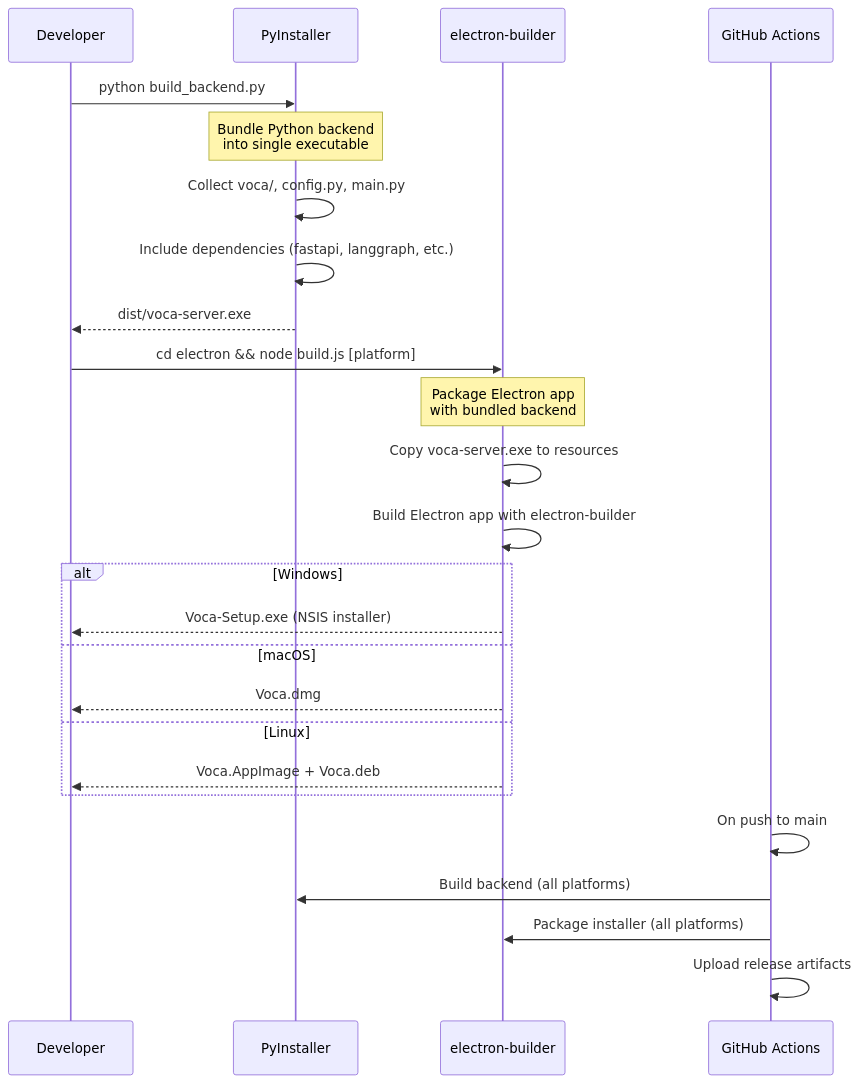
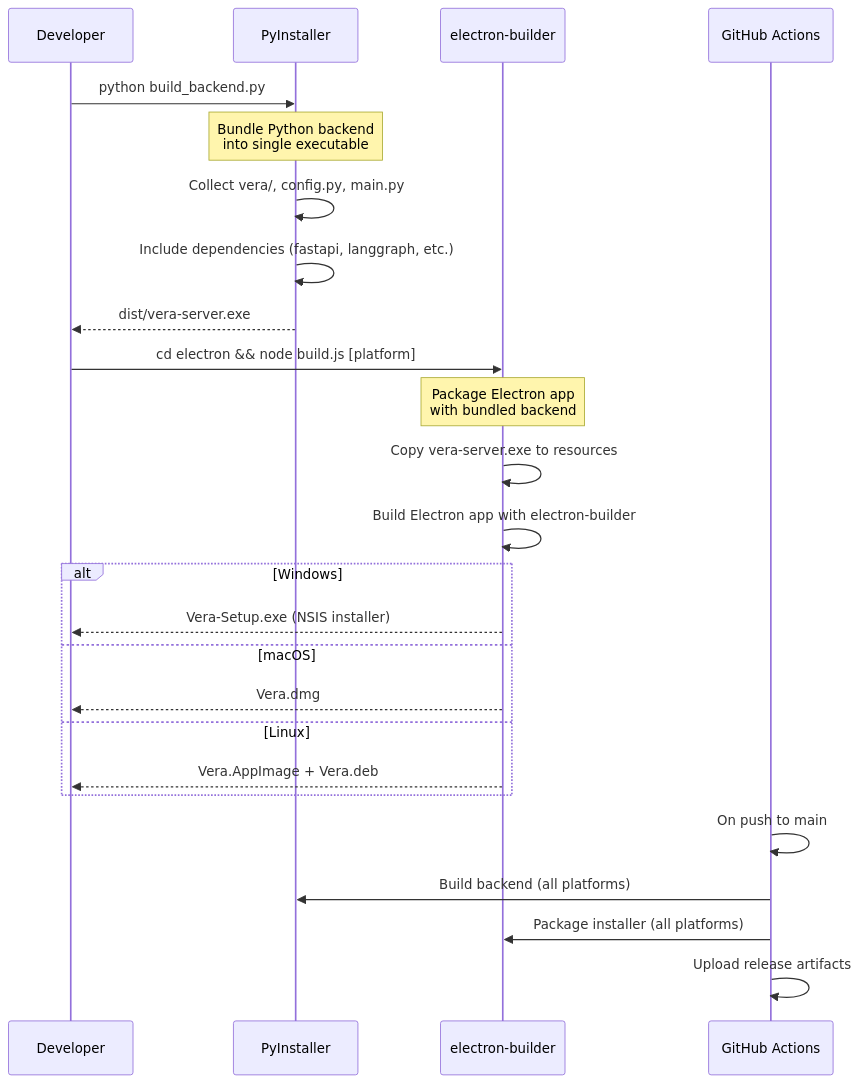
Before and after one commit to embeddedos-org/eVera: the sixth of 7 diagrams in docs/diagrams.md, drawn with Mermaid. The commit also changed other lines of this file and 238 other files, not shown here.

````diff
--- a/docs/diagrams.md
+++ b/docs/diagrams.md
@@ -283,31 +283,31 @@
 ```mermaid
 sequenceDiagram
     participant Dev as Developer
     participant Py as PyInstaller
     participant EB as electron-builder
     participant CI as GitHub Actions
 
     Dev->>Py: python build_backend.py
     Note over Py: Bundle Python backend<br/>into single executable
-    Py->>Py: Collect voca/, config.py, main.py
+    Py->>Py: Collect vera/, config.py, main.py
     Py->>Py: Include dependencies (fastapi, langgraph, etc.)
-    Py-->>Dev: dist/voca-server.exe
+    Py-->>Dev: dist/vera-server.exe
 
     Dev->>EB: cd electron && node build.js [platform]
     Note over EB: Package Electron app<br/>with bundled backend
-    EB->>EB: Copy voca-server.exe to resources
+    EB->>EB: Copy vera-server.exe to resources
     EB->>EB: Build Electron app with electron-builder
 
     alt Windows
-        EB-->>Dev: Voca-Setup.exe (NSIS installer)
+        EB-->>Dev: Vera-Setup.exe (NSIS installer)
     else macOS
-        EB-->>Dev: Voca.dmg
+        EB-->>Dev: Vera.dmg
     else Linux
-        EB-->>Dev: Voca.AppImage + Voca.deb
+        EB-->>Dev: Vera.AppImage + Vera.deb
     end
 
     CI->>CI: On push to main
     CI->>Py: Build backend (all platforms)
     CI->>EB: Package installer (all platforms)
     CI->>CI: Upload release artifacts
 ```
````
